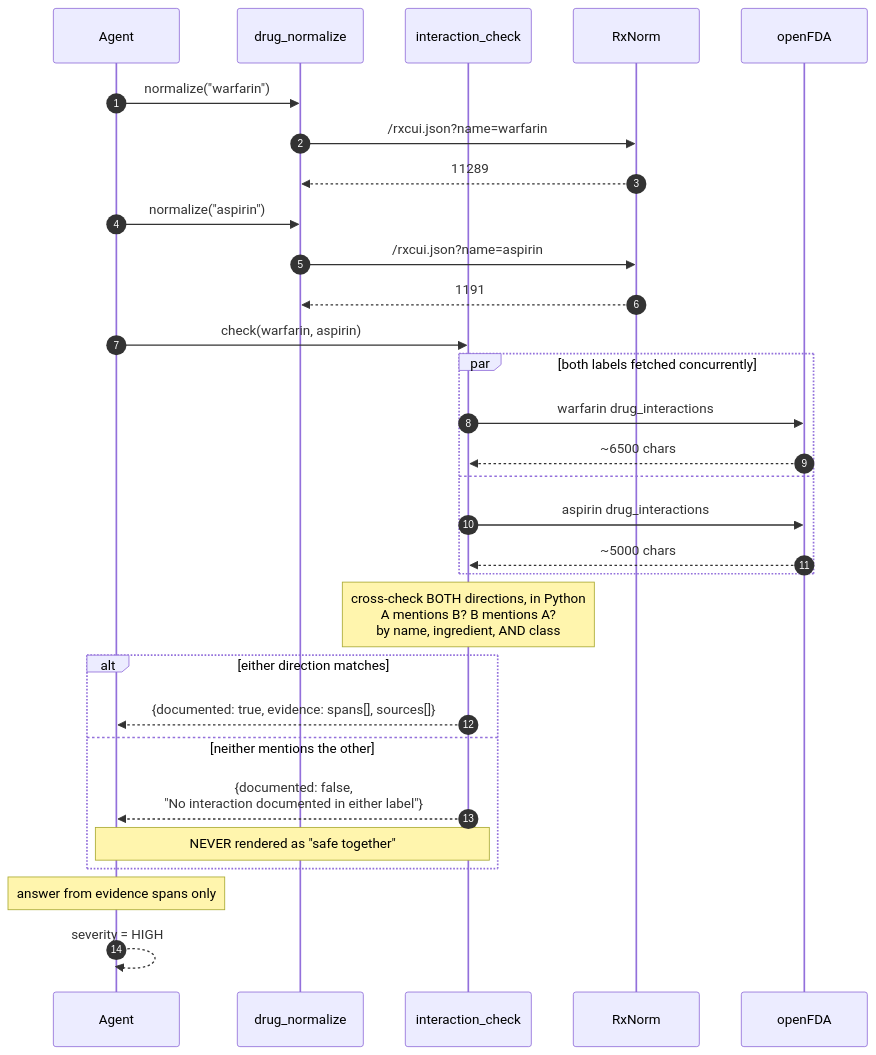
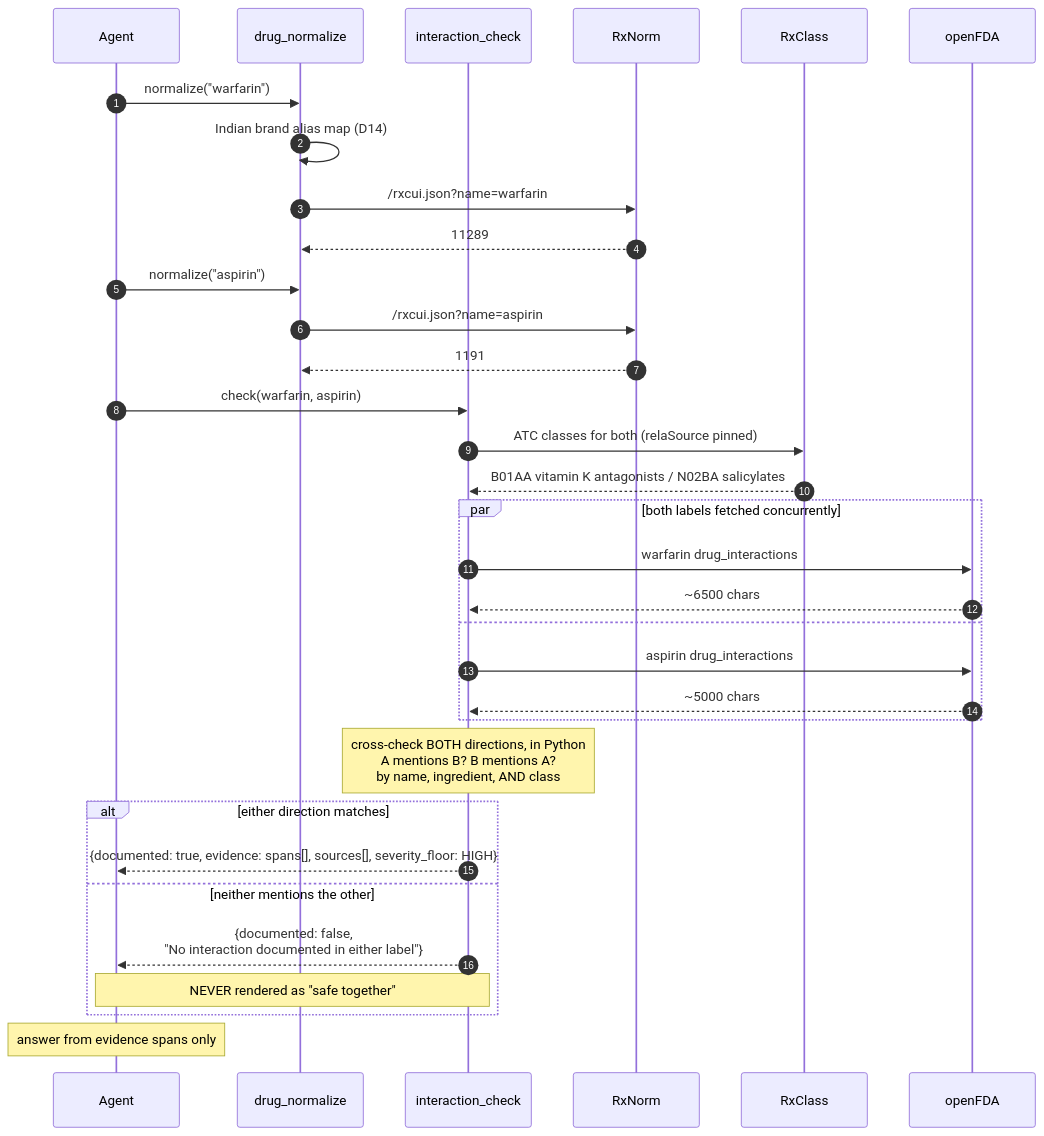
The third of 7 diagrams in docs/dataflow.md (KaarthikMS/drugagent), drawn with Mermaid before and after one commit. The commit also changed other lines of this file and 5 other files, not shown here.

First line of the commit message:
docs: rewrite architecture, dataflow and plan for full scope

````diff
--- a/docs/dataflow.md
+++ b/docs/dataflow.md
@@ -93,38 +113,42 @@
 ```mermaid
 sequenceDiagram
     autonumber
     participant AG as Agent
     participant T1 as drug_normalize
     participant T3 as interaction_check
     participant RX as RxNorm
+    participant RC as RxClass
     participant FDA as openFDA
 
     AG->>T1: normalize("warfarin")
+    T1->>T1: Indian brand alias map (D14)
     T1->>RX: /rxcui.json?name=warfarin
     RX-->>T1: 11289
     AG->>T1: normalize("aspirin")
     T1->>RX: /rxcui.json?name=aspirin
     RX-->>T1: 1191
 
     AG->>T3: check(warfarin, aspirin)
+
+    T3->>RC: ATC classes for both (relaSource pinned)
+    RC-->>T3: B01AA vitamin K antagonists / N02BA salicylates
 
     par both labels fetched concurrently
         T3->>FDA: warfarin drug_interactions
         FDA-->>T3: ~6500 chars
     and
         T3->>FDA: aspirin drug_interactions
         FDA-->>T3: ~5000 chars
     end
 
     Note over T3: cross-check BOTH directions, in Python<br/>A mentions B? B mentions A?<br/>by name, ingredient, AND class
 
     alt either direction matches
-        T3-->>AG: {documented: true, evidence: spans[], sources[]}
+        T3-->>AG: {documented: true, evidence: spans[], sources[], severity_floor: HIGH}
     else neither mentions the other
         T3-->>AG: {documented: false,<br/>"No interaction documented in either label"}
         Note over T3,AG: NEVER rendered as "safe together"
     end
 
     Note over AG: answer from evidence spans only
-    AG-->>AG: severity = HIGH
 ```
````
